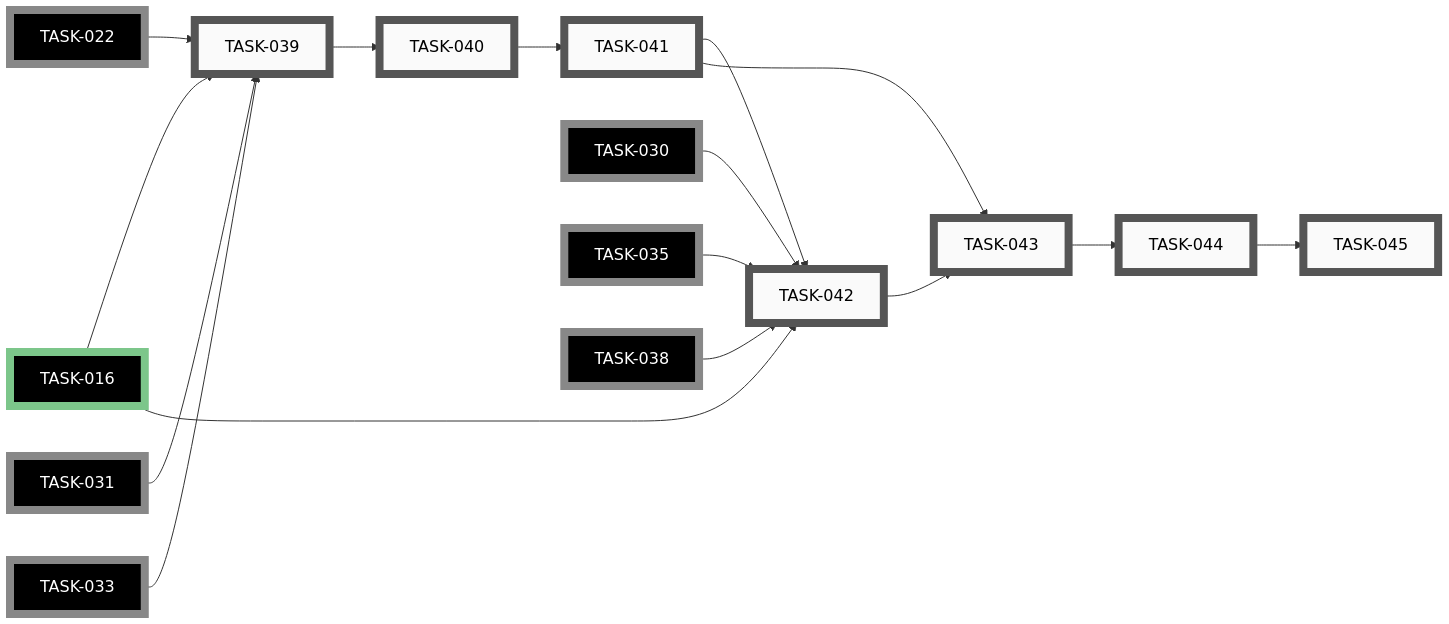
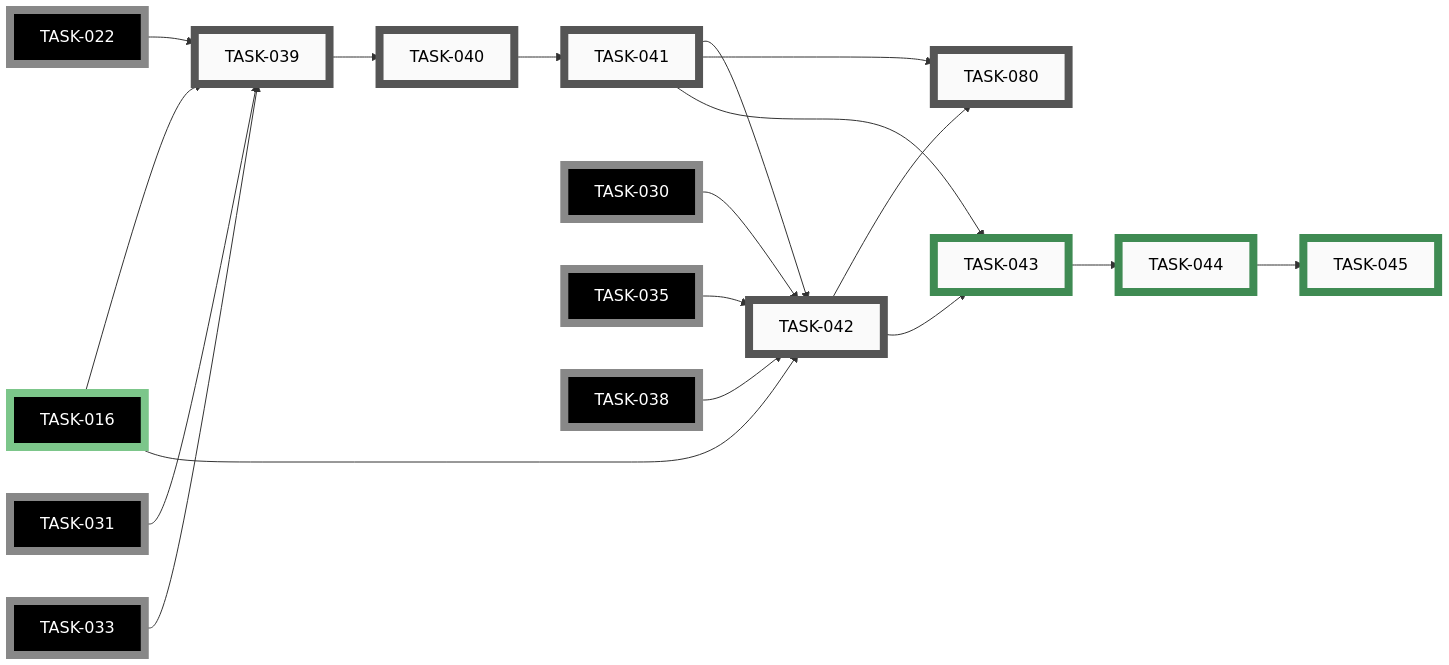
The sixth of 11 diagrams in docs/developers/tasks/EPICS.md (tgd1975/CircuitSmith), drawn with Mermaid before and after one commit. The commit also changed other lines of this file and 72 other files, not shown here.

First line of the commit message:
close EPIC-010: consolidate skill-resident Python into circuitsmith package

````diff
--- a/docs/developers/tasks/EPICS.md
+++ b/docs/developers/tasks/EPICS.md
@@ -351,54 +351,58 @@
 ```mermaid
 graph LR
     TASK_039["TASK-039"]:::open
     TASK_040["TASK-040"]:::open
     TASK_041["TASK-041"]:::open
     TASK_042["TASK-042"]:::open
-    TASK_043["TASK-043"]:::open
-    TASK_044["TASK-044"]:::open
-    TASK_045["TASK-045"]:::open
+    TASK_080["TASK-080"]:::open
+    TASK_043["TASK-043"]:::closed
+    TASK_044["TASK-044"]:::closed
+    TASK_045["TASK-045"]:::closed
     TASK_016["TASK-016"]:::closedExt
     TASK_022["TASK-022"]:::openExt
     TASK_030["TASK-030"]:::openExt
     TASK_031["TASK-031"]:::openExt
     TASK_033["TASK-033"]:::openExt
     TASK_035["TASK-035"]:::openExt
     TASK_038["TASK-038"]:::openExt
     TASK_022 --> TASK_039
     TASK_031 --> TASK_039
     TASK_033 --> TASK_039
     TASK_016 --> TASK_039
     TASK_039 --> TASK_040
     TASK_040 --> TASK_041
     TASK_016 --> TASK_042
     TASK_030 --> TASK_042
     TASK_035 --> TASK_042
     TASK_038 --> TASK_042
     TASK_041 --> TASK_042
+    TASK_041 --> TASK_080
+    TASK_042 --> TASK_080
     TASK_041 --> TASK_043
     TASK_042 --> TASK_043
     TASK_043 --> TASK_044
     TASK_044 --> TASK_045
     click TASK_039 "open/task-039-write-skill-md-system-prompt.md"
     click TASK_040 "open/task-040-register-skill-in-vibe-config.md"
     click TASK_041 "open/task-041-run-five-acceptance-tests.md"
     click TASK_042 "open/task-042-finalise-skill-docs.md"
-    click TASK_043 "open/task-043-create-standalone-circuit-skill-repo.md"
-    click TASK_044 "open/task-044-extract-skill-commit-history.md"
-    click TASK_045 "open/task-045-replace-skill-dir-with-pinned-copy.md"
+    click TASK_080 "open/task-080-publish-circuitsmith-to-pypi.md"
+    click TASK_043 "closed/task-043-create-standalone-circuit-skill-repo.md"
+    click TASK_044 "closed/task-044-extract-skill-commit-history.md"
+    click TASK_045 "closed/task-045-replace-skill-dir-with-pinned-copy.md"
     click TASK_016 "closed/task-016-write-renderer-and-layout-docs.md"
     click TASK_022 "open/task-022-implement-erc-engine.md"
     click TASK_030 "open/task-030-write-erc-checks-reference-doc.md"
     click TASK_031 "open/task-031-implement-bom-exporter.md"
     click TASK_033 "open/task-033-implement-netlist-exporter.md"
     click TASK_035 "open/task-035-extend-ci-and-docs-for-exporters.md"
     click TASK_038 "open/task-038-update-pre-commit-hook-for-circuit-yml.md"
     classDef open    fill:#FAFAFA,stroke:#555,stroke-width:8px,color:#000
     classDef active  fill:#FAFAFA,stroke:#1A6FA8,stroke-width:8px,color:#000
     classDef closed  fill:#FAFAFA,stroke:#3F8B53,stroke-width:8px,color:#000
     classDef paused  fill:#FAFAFA,stroke:#B07810,stroke-width:8px,color:#000
     classDef openExt    fill:#000,stroke:#888,stroke-width:8px,color:#FFF
     classDef activeExt  fill:#000,stroke:#3FA9F5,stroke-width:8px,color:#FFF
     classDef closedExt  fill:#000,stroke:#7CC68A,stroke-width:8px,color:#FFF
     classDef pausedExt  fill:#000,stroke:#F0B030,stroke-width:8px,color:#FFF
 ```
````
